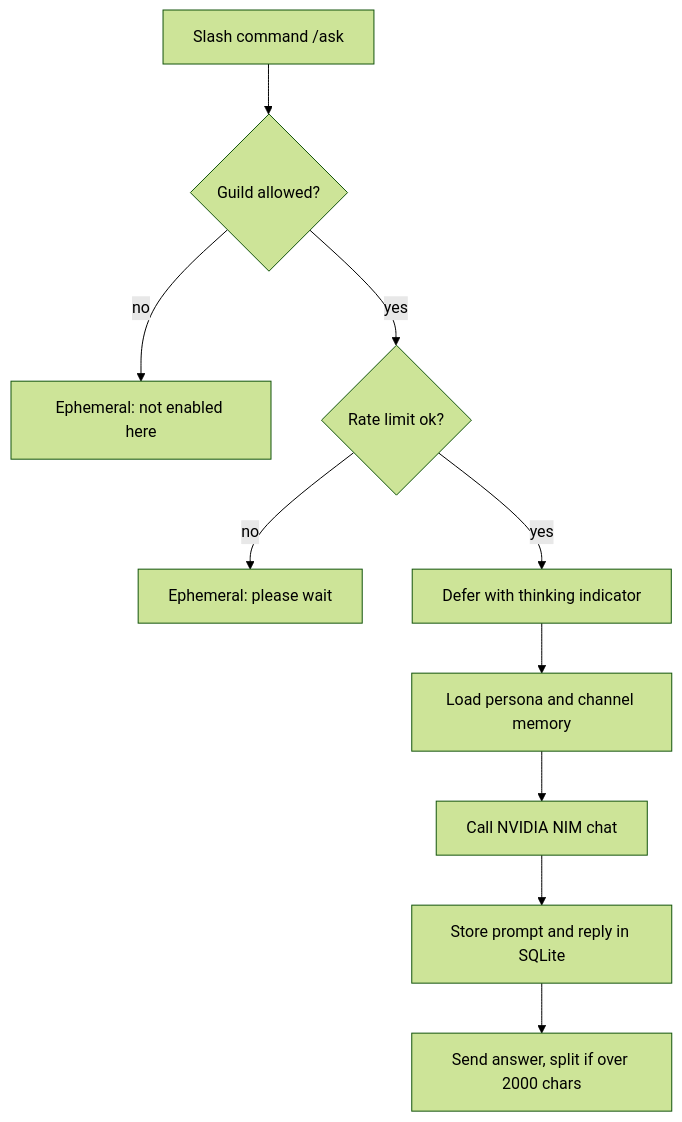
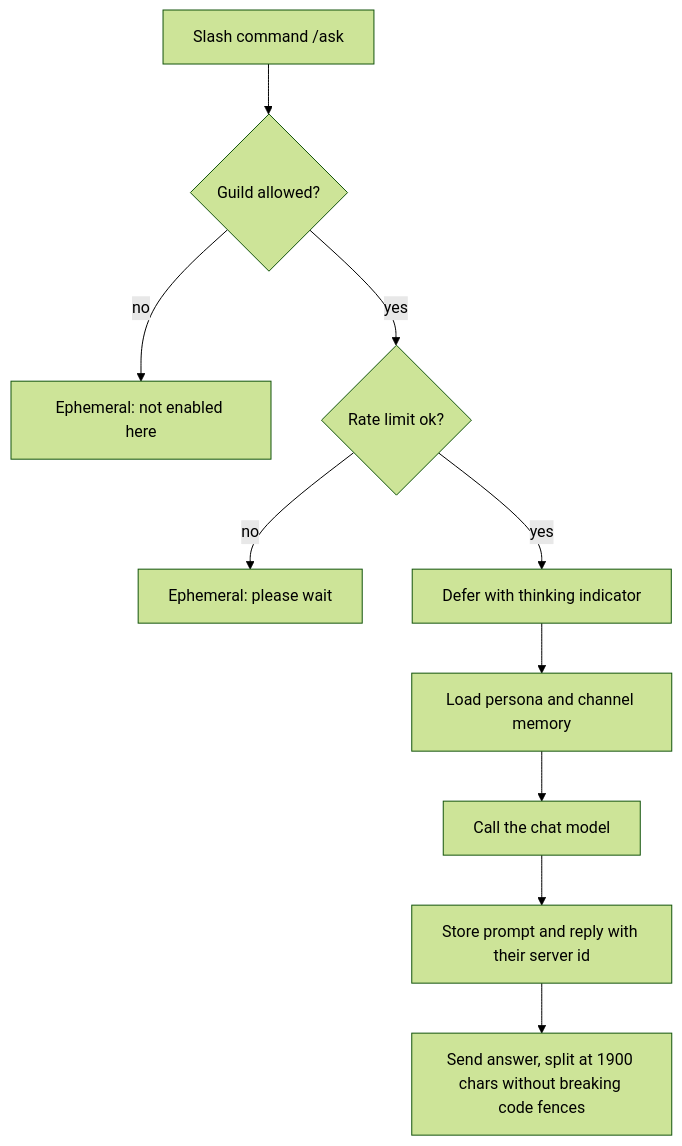
One commit to AleBrito124356/discord-ai-bot changed the second of 3 diagrams in README.md. Above: the diagram before and after it, drawn with Mermaid (forest theme). The commit also changed other lines of this file and 3 other files, not shown here.

````diff
--- a/README.md
+++ b/README.md
@@ -69,12 +169,12 @@
 ```mermaid
 flowchart TD
     A[Slash command /ask] --> B{Guild allowed?}
     B -- no --> X[Ephemeral: not enabled here]
     B -- yes --> C{Rate limit ok?}
     C -- no --> Y[Ephemeral: please wait]
     C -- yes --> D[Defer with thinking indicator]
     D --> E[Load persona and channel memory]
-    E --> F[Call NVIDIA NIM chat]
-    F --> G[Store prompt and reply in SQLite]
-    G --> H[Send answer, split if over 2000 chars]
+    E --> F[Call the chat model]
+    F --> G[Store prompt and reply with their server id]
+    G --> H[Send answer, split at 1900 chars without breaking code fences]
 ```
````
